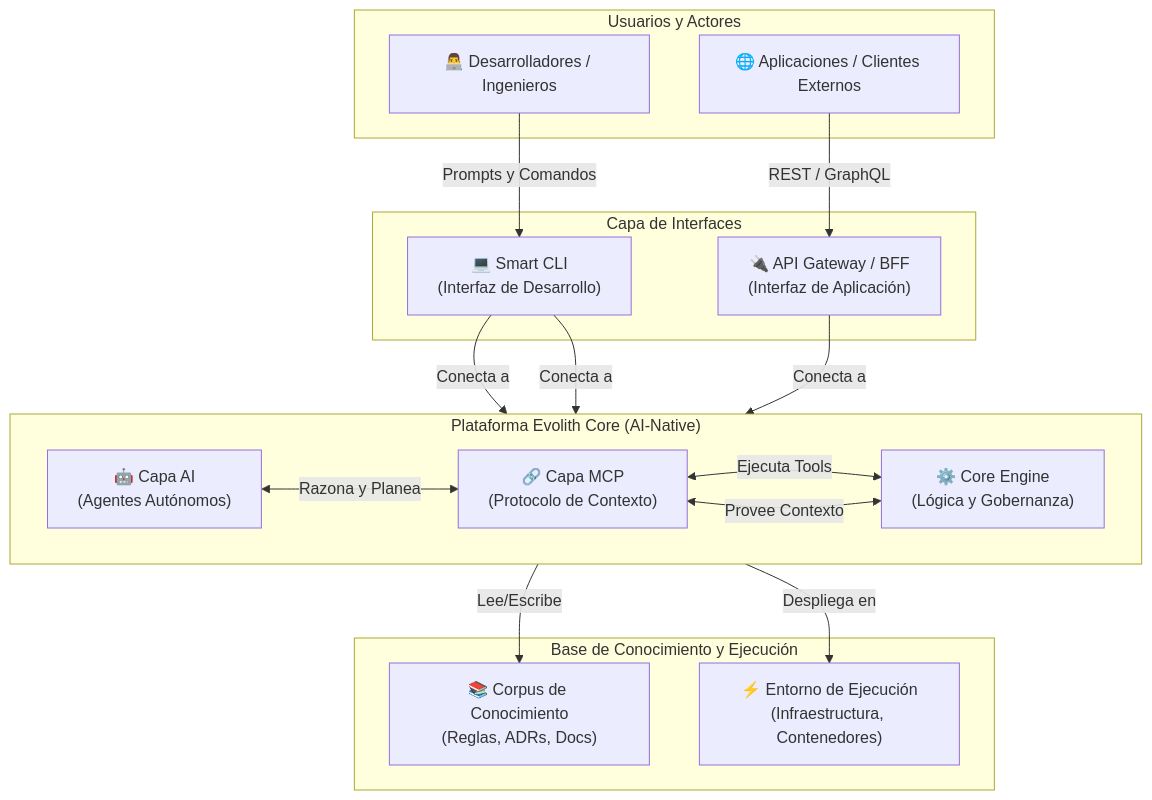
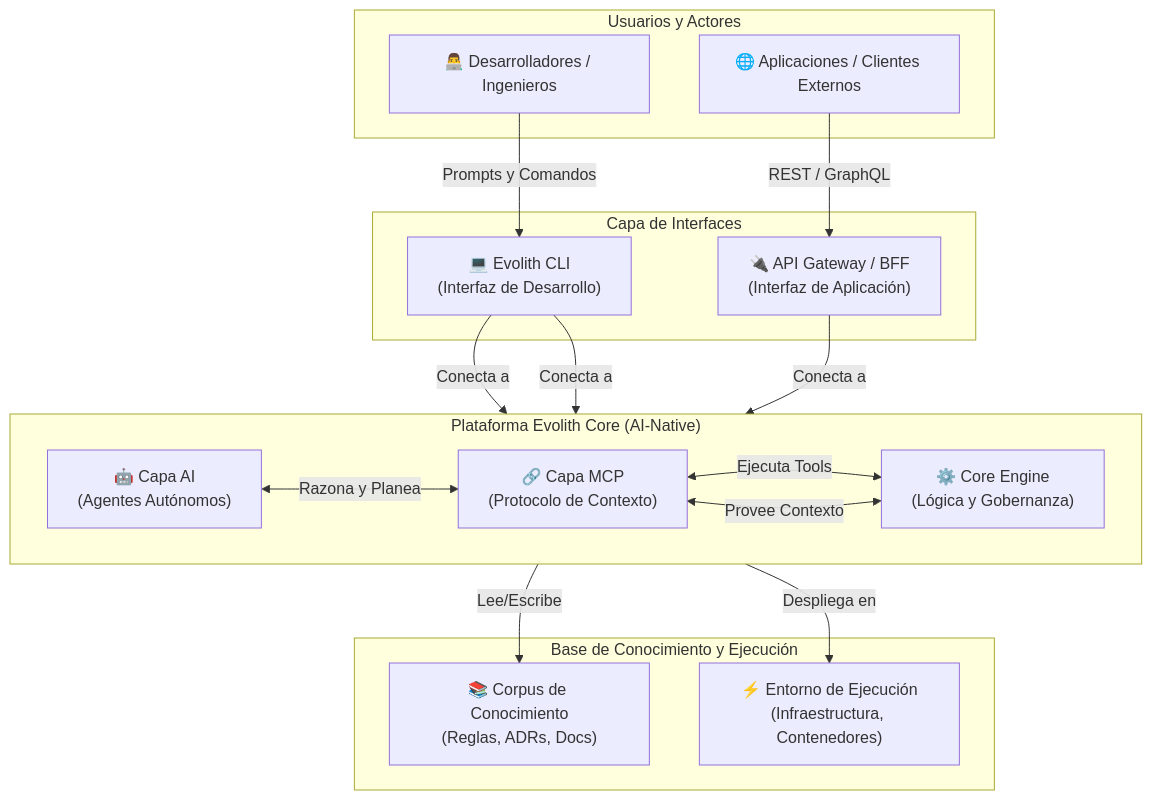
The first of 6 diagrams in reference/core/architecture/blueprints/evolith-core-architecture.es.md (beyondnetcode/evolith_arch32), drawn with Mermaid before and after one commit. The commit also changed other lines of this file and 195 other files, not shown here.

First line of the commit message:
refactor(brand): align "Smart CLI" → "Evolith CLI" across docs, code, npm, and assemblies

````diff
--- a/reference/core/architecture/blueprints/evolith-core-architecture.es.md
+++ b/reference/core/architecture/blueprints/evolith-core-architecture.es.md
@@ -11,43 +11,43 @@
 ```mermaid
 flowchart TB
     %% Usuarios
     subgraph Users ["Usuarios y Actores"]
         DEV["👨‍💻 Desarrolladores / Ingenieros"]
         CLIENT["🌐 Aplicaciones / Clientes Externos"]
     end
 
     %% Interfaces
     subgraph Interfaces ["Capa de Interfaces"]
-        CLI["💻 Smart CLI\n(Interfaz de Desarrollo)"]
+        CLI["💻 Evolith CLI\n(Interfaz de Desarrollo)"]
         API["🔌 API Gateway / BFF\n(Interfaz de Aplicación)"]
     end
 
     %% Plataforma Core
     subgraph Platform ["Plataforma Evolith Core (AI-Native)"]
         direction LR
         AI["🤖 Capa AI\n(Agentes Autónomos)"]
         MCP["🔗 Capa MCP\n(Protocolo de Contexto)"]
         CORE["⚙️ Core Engine\n(Lógica y Gobernanza)"]
 
         AI <-->|Razona y Planea| MCP
         MCP <-->|Ejecuta Tools| CORE
         CORE <-->|Provee Contexto| MCP
     end
 
     %% Base
     subgraph Foundation ["Base de Conocimiento y Ejecución"]
         KNOW["📚 Corpus de Conocimiento\n(Reglas, ADRs, Docs)"]
         EXEC["⚡ Entorno de Ejecución\n(Infraestructura, Contenedores)"]
     end
 
     %% Relaciones
     DEV -->|Prompts y Comandos| CLI
     CLIENT -->|REST / GraphQL| API
 
     CLI -->|Conecta a| AI
     CLI -->|Conecta a| CORE
     API -->|Conecta a| CORE
 
     CORE -->|Lee/Escribe| KNOW
     CORE -->|Despliega en| EXEC
 ```
````
